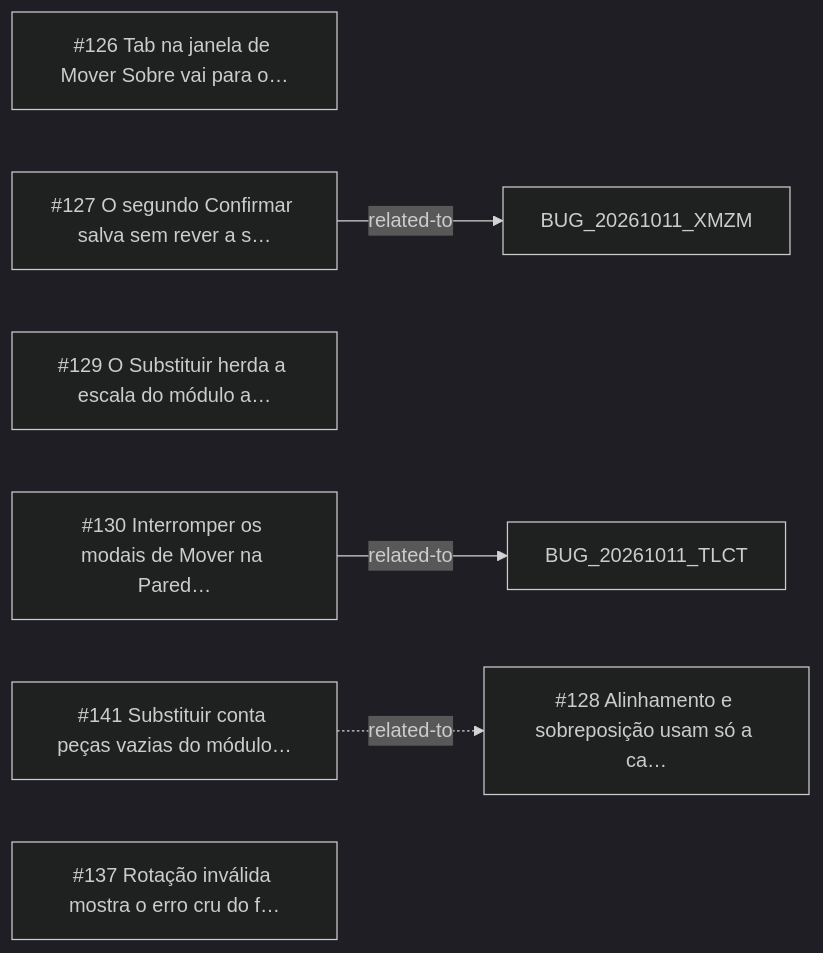
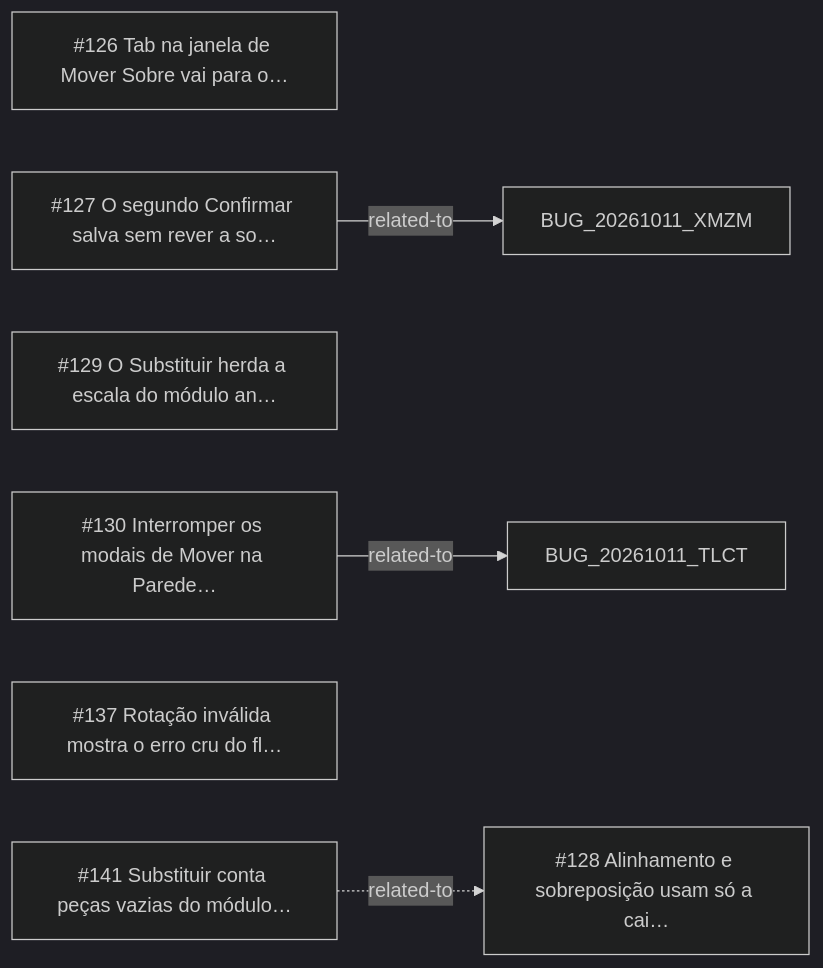
One commit to CAFFDIGITALPLATFORM/caffmob_draw changed the diagram in _reversa_bugs/move_over/generated/graph.md. Above: the diagram before and after it, drawn with Mermaid (dark theme). The commit also changed other lines of this file and 220 other files, not shown here.

````diff
--- a/_reversa_bugs/move_over/generated/graph.md
+++ b/_reversa_bugs/move_over/generated/graph.md
@@ -5,13 +5,13 @@
 ```mermaid
 graph LR
   BUG_20261011_CKVJ["#126 Tab na janela de Mover Sobre vai para o…"]
-  BUG_20261011_JMDR["#127 O segundo Confirmar salva sem rever a s…"]
-  BUG_20261011_LWF6["#128 Alinhamento e sobreposição usam só a ca…"]
-  BUG_20261011_X5OS["#129 O Substituir herda a escala do módulo a…"]
-  BUG_20261011_3T7M["#130 Interromper os modais de Mover na Pared…"]
+  BUG_20261011_JMDR["#127 O segundo Confirmar salva sem rever a so…"]
+  BUG_20261011_LWF6["#128 Alinhamento e sobreposição usam só a cai…"]
+  BUG_20261011_X5OS["#129 O Substituir herda a escala do módulo an…"]
+  BUG_20261011_3T7M["#130 Interromper os modais de Mover na Parede…"]
+  BUG_20261011_CNTL["#137 Rotação inválida mostra o erro cru do fl…"]
   BUG_20261012_DWPO["#141 Substituir conta peças vazias do módulo…"]
-  BUG_20261011_CNTL["#137 Rotação inválida mostra o erro cru do f…"]
+  BUG_20261011_JMDR -->|related-to| BUG_20261011_XMZM
   BUG_20261011_3T7M -->|related-to| BUG_20261011_TLCT
-  BUG_20261011_JMDR -->|related-to| BUG_20261011_XMZM
   BUG_20261012_DWPO -.->|related-to| BUG_20261011_LWF6
 ```
````
